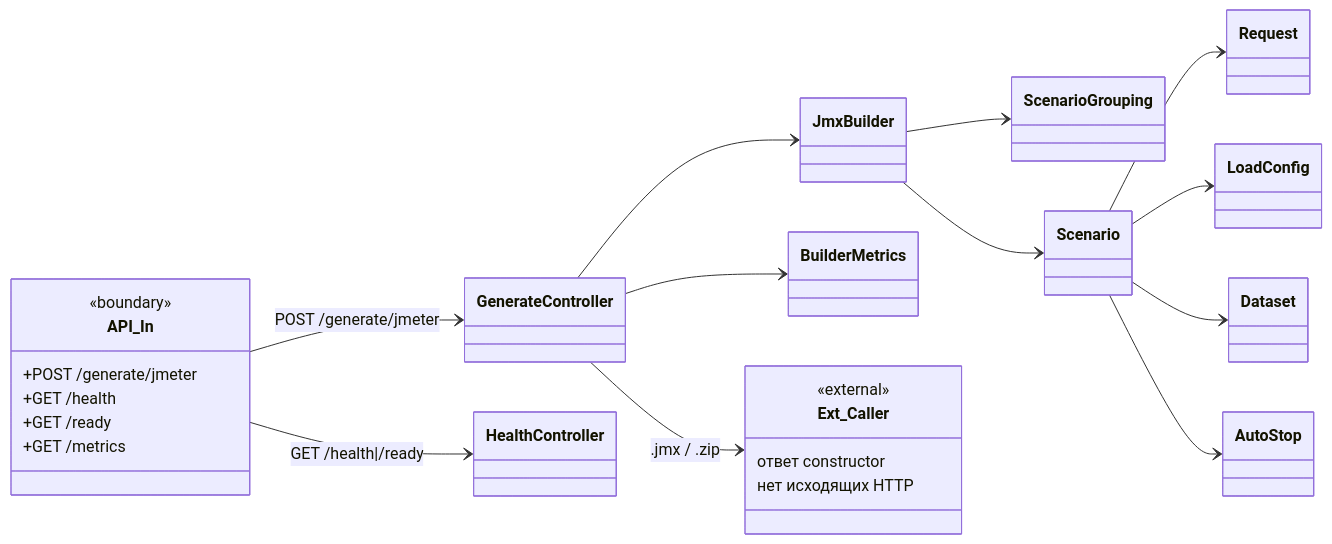
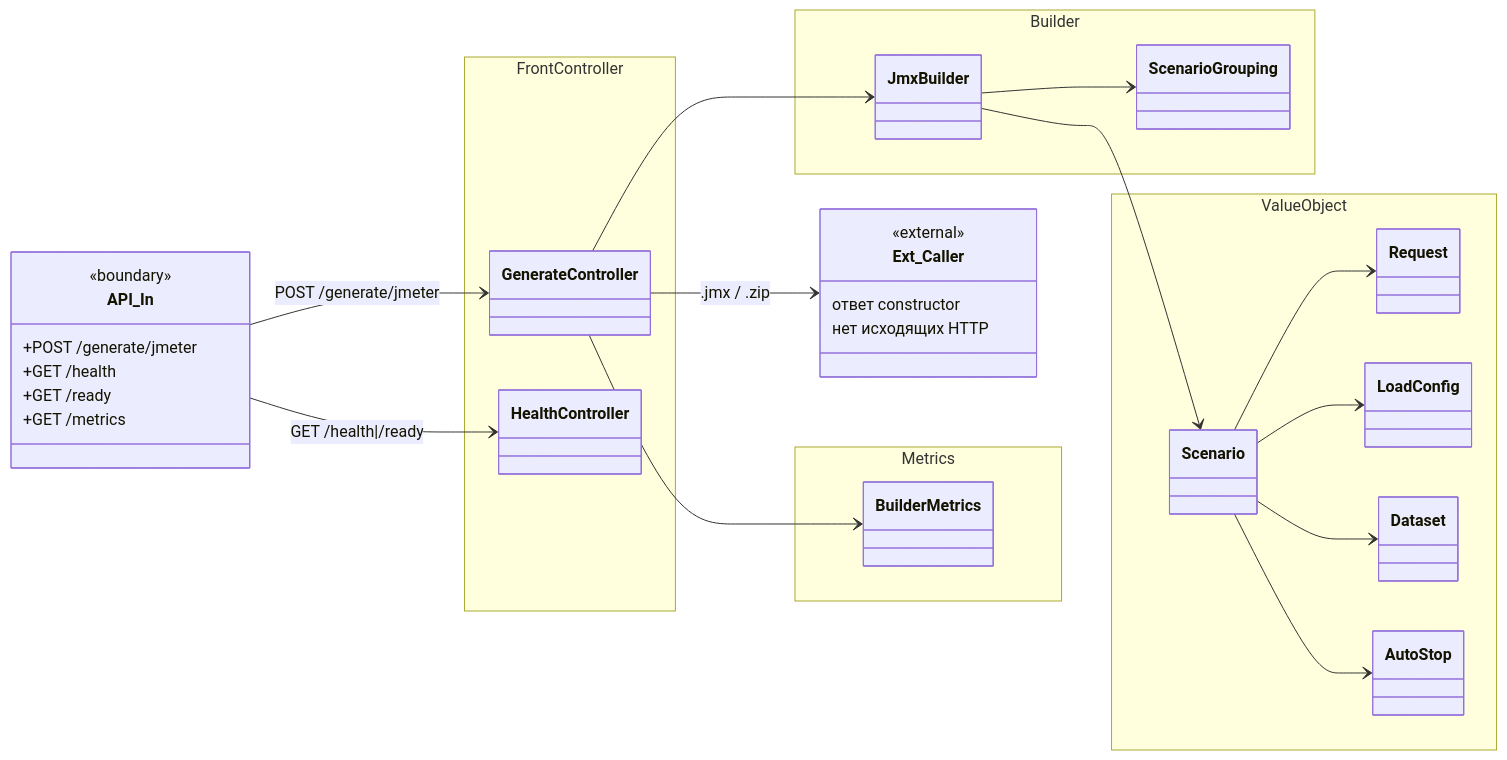
One commit to veterokx-hub/loadportal changed the third of 5 diagrams in docs/class-diagrams.md. Above: the diagram before and after it, drawn with Mermaid. The commit also changed other lines of this file and 14 other files, not shown here.

First line of the commit message:
Harden orchestrator GitLab flow and fix Settings modal overflow.

````diff
--- a/docs/class-diagrams.md
+++ b/docs/class-diagrams.md
@@ -279,44 +556,54 @@
 ```mermaid
 classDiagram
   direction LR
 
   class API_In {
     <<boundary>>
     +POST /generate/jmeter
     +GET /health
     +GET /ready
     +GET /metrics
   }
 
-  class GenerateController
-  class HealthController
-  class JmxBuilder
-  class ScenarioGrouping
-  class BuilderMetrics
+  namespace FrontController {
+    class GenerateController
+    class HealthController
+  }
 
-  class Scenario
-  class Request
-  class LoadConfig
-  class Dataset
-  class AutoStop
+  namespace Builder {
+    class JmxBuilder
+    class ScenarioGrouping
+  }
+
+  namespace ValueObject {
+    class Scenario
+    class Request
+    class LoadConfig
+    class Dataset
+    class AutoStop
+  }
+
+  namespace Metrics {
+    class BuilderMetrics
+  }
 
   class Ext_Caller {
     <<external>>
     ответ constructor
     нет исходящих HTTP
   }
 
   API_In --> GenerateController : POST /generate/jmeter
   API_In --> HealthController : GET /health|/ready
 
   GenerateController --> JmxBuilder
   GenerateController --> BuilderMetrics
   JmxBuilder --> ScenarioGrouping
   JmxBuilder --> Scenario
   Scenario --> Request
   Scenario --> LoadConfig
   Scenario --> Dataset
   Scenario --> AutoStop
 
   GenerateController --> Ext_Caller : .jmx / .zip
 ```
````
